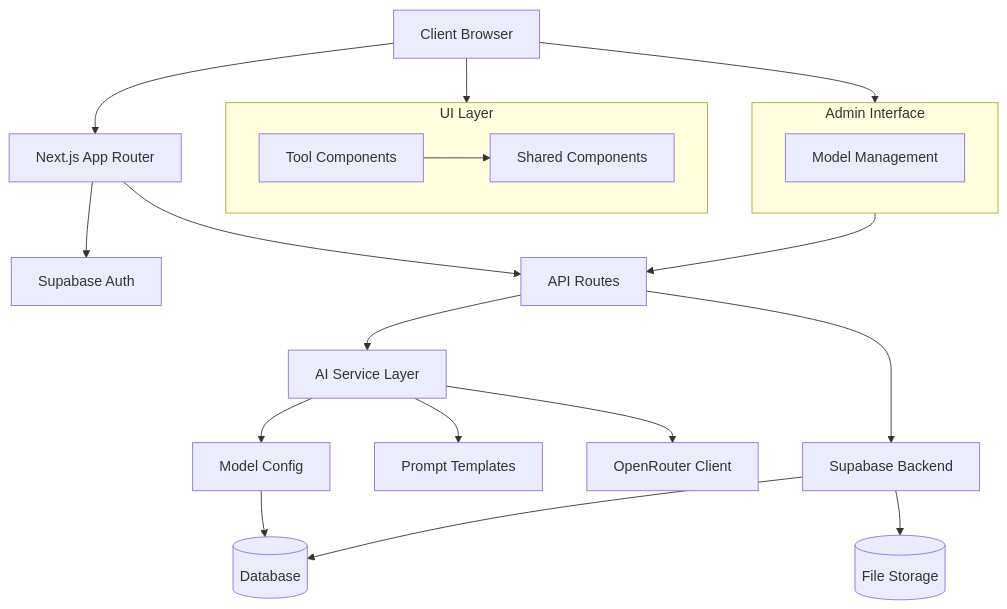
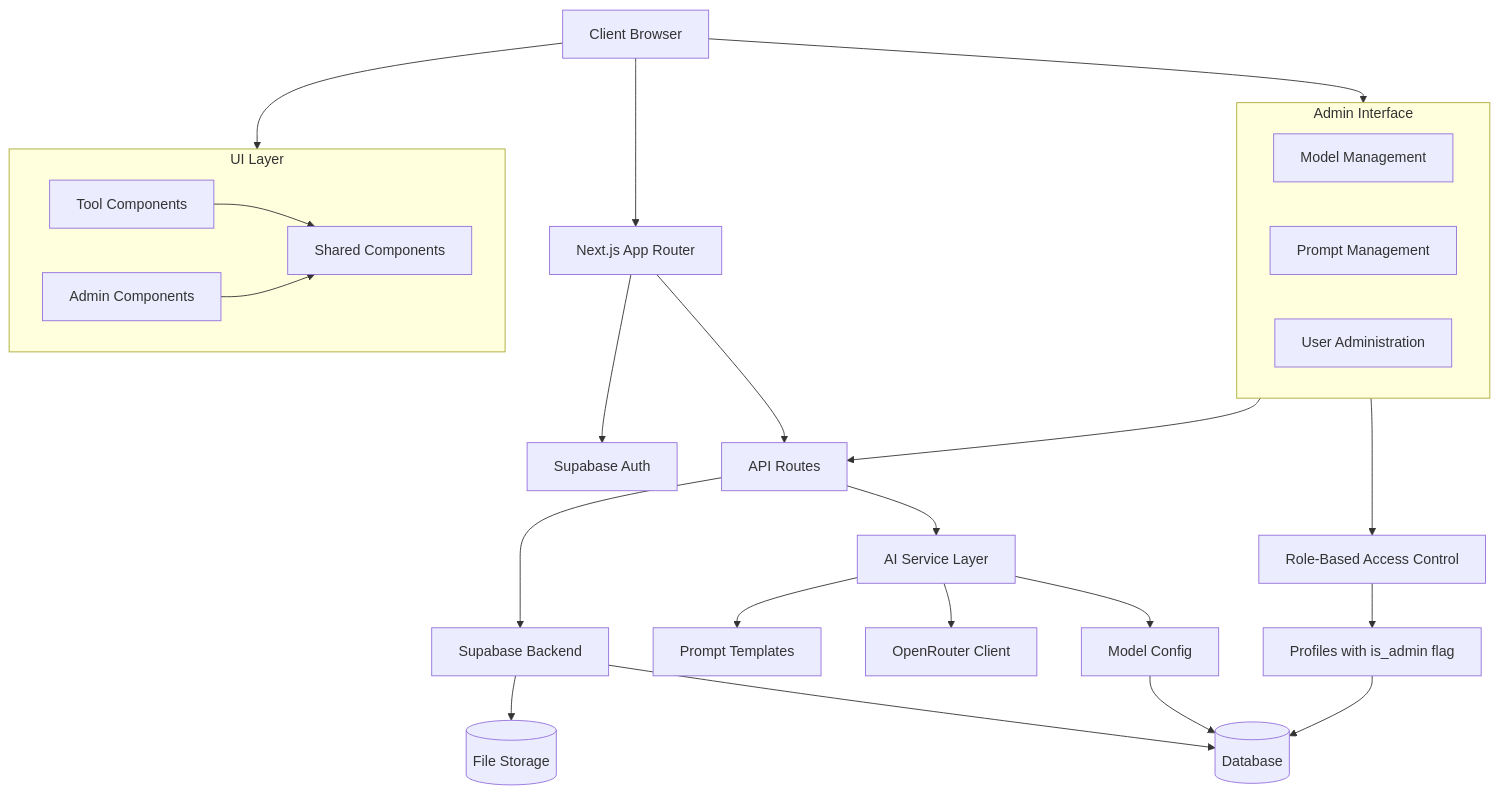
Before and after one commit to troyharris/snowsparrow: the diagram in cline_docs/systemPatterns.md, drawn with Mermaid. The commit also changed other lines of this file and 10 other files, not shown here.

````diff
--- a/cline_docs/systemPatterns.md
+++ b/cline_docs/systemPatterns.md
@@ -5,29 +5,36 @@
 ```mermaid
 flowchart TD
     Client[Client Browser] --> Next[Next.js App Router]
     Next --> Auth[Supabase Auth]
     Next --> API[API Routes]
     API --> AIService[AI Service Layer]
     AIService --> Models[Model Config]
     AIService --> Prompts[Prompt Templates]
     AIService --> OpenRouter[OpenRouter Client]
     API --> Supabase[Supabase Backend]
     Supabase --> DB[(Database)]
     Supabase --> Storage[(File Storage)]
     Models --> DB
 
     subgraph Admin[Admin Interface]
         ModelAdmin[Model Management]
+        PromptAdmin[Prompt Management]
+        UserAdmin[User Administration]
     end
 
     Admin --> API
+    Admin --> RBAC[Role-Based Access Control]
+    RBAC --> Profiles[Profiles with is_admin flag]
+    Profiles --> DB
 
     subgraph UI[UI Layer]
         SharedComponents[Shared Components]
         ToolComponents[Tool Components]
+        AdminComponents[Admin Components]
         ToolComponents --> SharedComponents
+        AdminComponents --> SharedComponents
     end
 
     Client --> UI
     Client --> Admin
 ```
````
